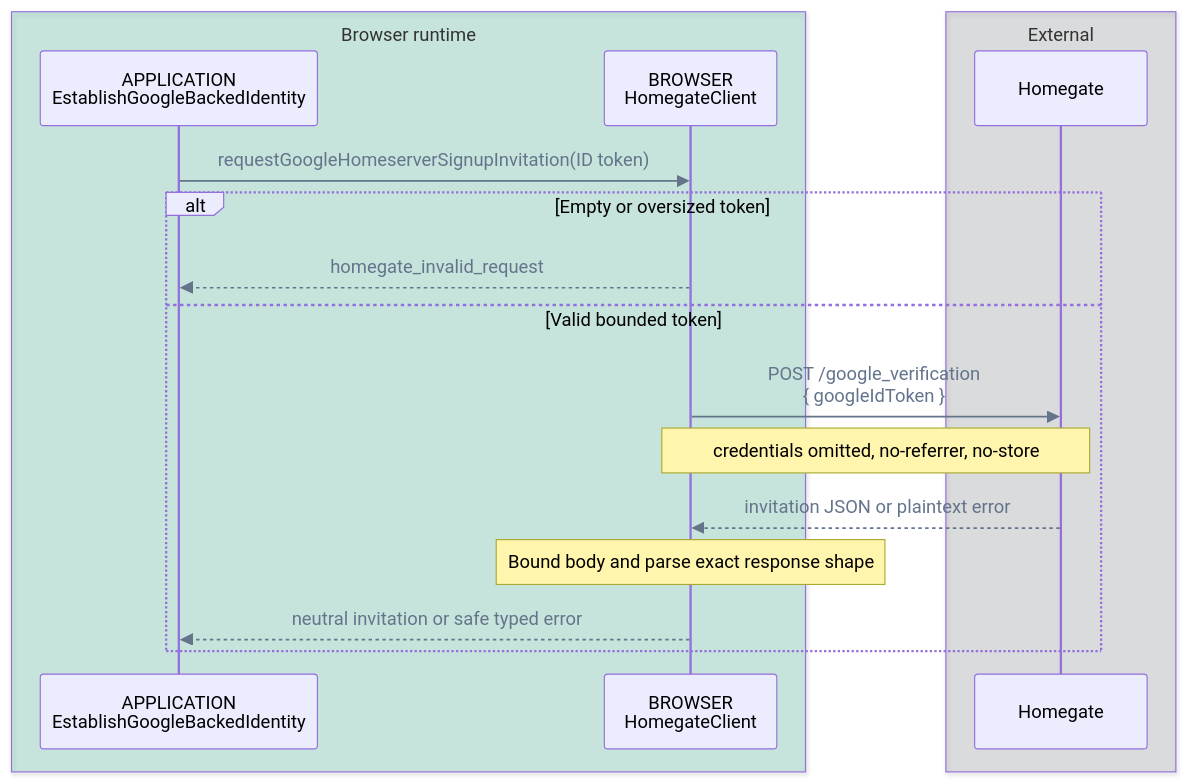
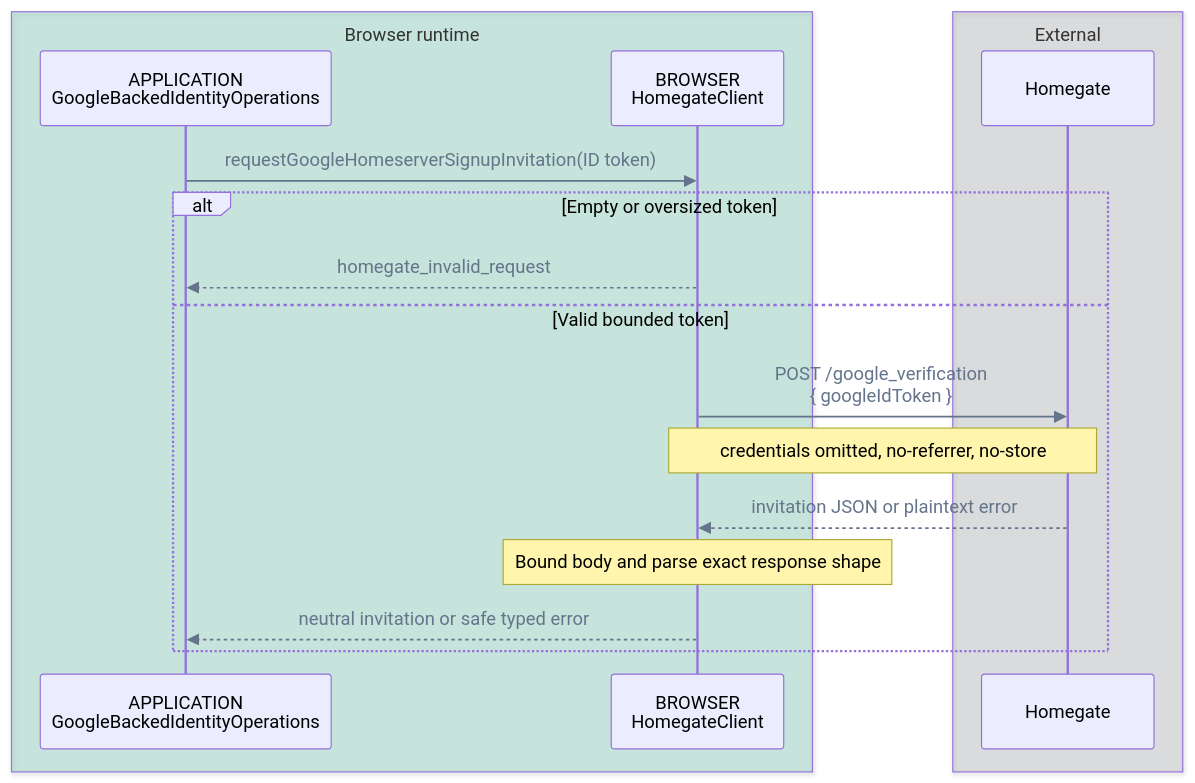
One commit to pubky/pubky-passport changed diagram 14 of 14 in FLOWS.md. Above: the diagram before and after it, drawn with Mermaid. The commit also changed other lines of this file and 10 other files, not shown here.

Commit message:
refactor: restructure Google-backed identity operations

````diff
--- a/FLOWS.md
+++ b/FLOWS.md
@@ -827,24 +821,24 @@
 ```mermaid
 %%{init: {"themeVariables": {"signalColor": "#64748B", "signalTextColor": "#64748B"}}}%%
 sequenceDiagram
     accTitle: Direct browser Homegate signup invitation call flow
     accDescr: The browser adapter sends only the Google ID token directly to configured Homegate, then bounds and maps the invitation or plaintext error to a safe application result.
     box rgba(0, 158, 115, 0.18) Browser runtime
-        participant UseCase as APPLICATION<br/>EstablishGoogleBackedIdentity
+        participant UseCase as APPLICATION<br/>GoogleBackedIdentityOperations
         participant Adapter as BROWSER<br/>HomegateClient
     end
     box rgba(17, 24, 39, 0.12) External
         participant Homegate as Homegate
     end
 
     UseCase->>Adapter: requestGoogleHomeserverSignupInvitation(ID token)
     alt Empty or oversized token
         Adapter-->>UseCase: homegate_invalid_request
     else Valid bounded token
         Adapter->>Homegate: POST /google_verification<br/>{ googleIdToken }
         Note over Adapter,Homegate: credentials omitted, no-referrer, no-store
         Homegate-->>Adapter: invitation JSON or plaintext error
         Note over Adapter: Bound body and parse exact response shape
         Adapter-->>UseCase: neutral invitation or safe typed error
     end
 ```
````
